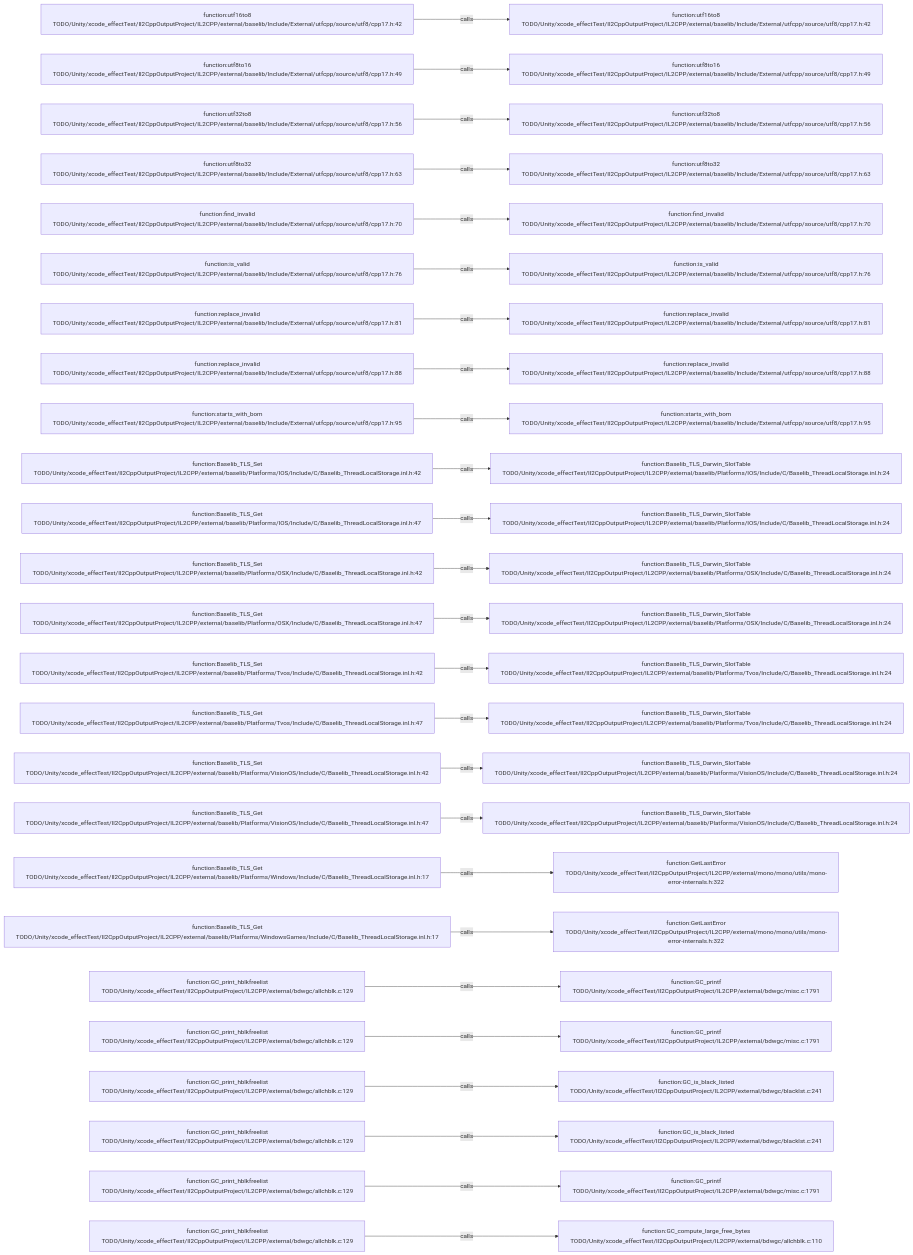
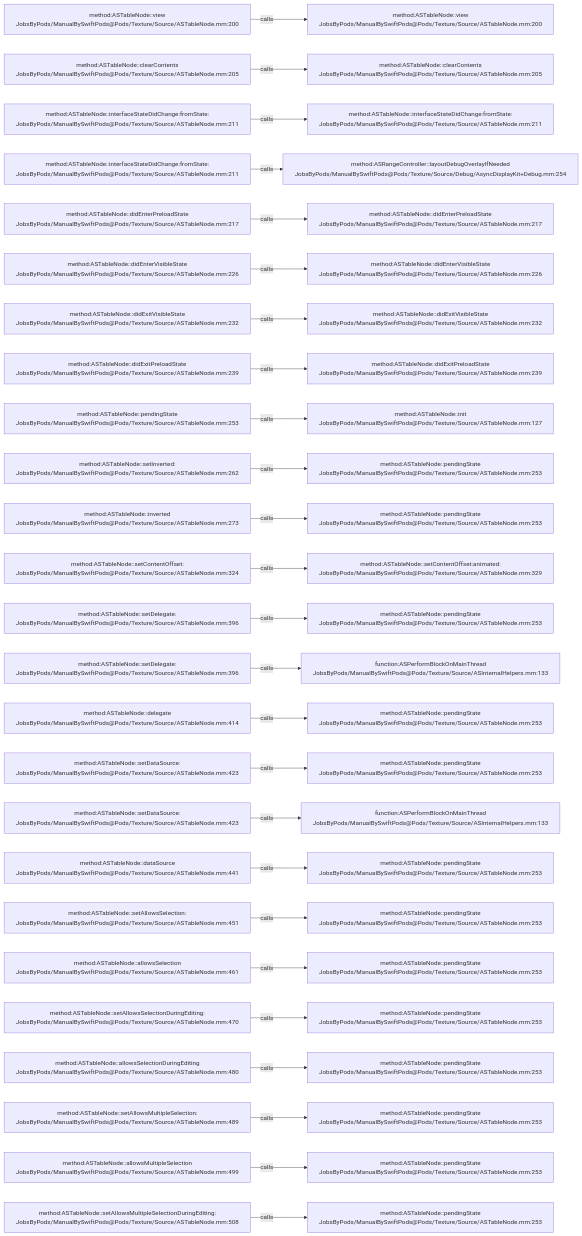
Before and after one commit to JobsKits/JobsSwiftBaseConfigDemo: the diagram in .codegraph/codegraph.md/graphs/calls-074.md, drawn with Mermaid. The commit also changed 2959 other files, not shown here.

````diff
--- a/.codegraph/codegraph.md/graphs/calls-074.md
+++ b/.codegraph/codegraph.md/graphs/calls-074.md
@@ -13,78 +13,78 @@
 ```mermaid
 flowchart LR
-  S1["function:utf16to8<br/>TODO/Unity/xcode_effectTest/Il2CppOutputProject/IL2CPP/external/baselib/Include/External/utfcpp/source/utf8/cpp17.h:42"]
-  T1["function:utf16to8<br/>TODO/Unity/xcode_effectTest/Il2CppOutputProject/IL2CPP/external/baselib/Include/External/utfcpp/source/utf8/cpp17.h:42"]
+  S1["method:ASTableNode::view<br/>JobsByPods/ManualBySwiftPods@Pods/Texture/Source/ASTableNode.mm:200"]
+  T1["method:ASTableNode::view<br/>JobsByPods/ManualBySwiftPods@Pods/Texture/Source/ASTableNode.mm:200"]
   S1 -->|calls| T1
-  S2["function:utf8to16<br/>TODO/Unity/xcode_effectTest/Il2CppOutputProject/IL2CPP/external/baselib/Include/External/utfcpp/source/utf8/cpp17.h:49"]
-  T2["function:utf8to16<br/>TODO/Unity/xcode_effectTest/Il2CppOutputProject/IL2CPP/external/baselib/Include/External/utfcpp/source/utf8/cpp17.h:49"]
+  S2["method:ASTableNode::clearContents<br/>JobsByPods/ManualBySwiftPods@Pods/Texture/Source/ASTableNode.mm:205"]
+  T2["method:ASTableNode::clearContents<br/>JobsByPods/ManualBySwiftPods@Pods/Texture/Source/ASTableNode.mm:205"]
   S2 -->|calls| T2
-  S3["function:utf32to8<br/>TODO/Unity/xcode_effectTest/Il2CppOutputProject/IL2CPP/external/baselib/Include/External/utfcpp/source/utf8/cpp17.h:56"]
-  T3["function:utf32to8<br/>TODO/Unity/xcode_effectTest/Il2CppOutputProject/IL2CPP/external/baselib/Include/External/utfcpp/source/utf8/cpp17.h:56"]
+  S3["method:ASTableNode::interfaceStateDidChange:fromState:<br/>JobsByPods/ManualBySwiftPods@Pods/Texture/Source/ASTableNode.mm:211"]
+  T3["method:ASTableNode::interfaceStateDidChange:fromState:<br/>JobsByPods/ManualBySwiftPods@Pods/Texture/Source/ASTableNode.mm:211"]
   S3 -->|calls| T3
-  S4["function:utf8to32<br/>TODO/Unity/xcode_effectTest/Il2CppOutputProject/IL2CPP/external/baselib/Include/External/utfcpp/source/utf8/cpp17.h:63"]
-  T4["function:utf8to32<br/>TODO/Unity/xcode_effectTest/Il2CppOutputProject/IL2CPP/external/baselib/Include/External/utfcpp/source/utf8/cpp17.h:63"]
+  S4["method:ASTableNode::interfaceStateDidChange:fromState:<br/>JobsByPods/ManualBySwiftPods@Pods/Texture/Source/ASTableNode.mm:211"]
+  T4["method:ASRangeController::layoutDebugOverlayIfNeeded<br/>JobsByPods/ManualBySwiftPods@Pods/Texture/Source/Debug/AsyncDisplayKit+Debug.mm:254"]
   S4 -->|calls| T4
-  S5["function:find_invalid<br/>TODO/Unity/xcode_effectTest/Il2CppOutputProject/IL2CPP/external/baselib/Include/External/utfcpp/source/utf8/cpp17.h:70"]
-  T5["function:find_invalid<br/>TODO/Unity/xcode_effectTest/Il2CppOutputProject/IL2CPP/external/baselib/Include/External/utfcpp/source/utf8/cpp17.h:70"]
+  S5["method:ASTableNode::didEnterPreloadState<br/>JobsByPods/ManualBySwiftPods@Pods/Texture/Source/ASTableNode.mm:217"]
+  T5["method:ASTableNode::didEnterPreloadState<br/>JobsByPods/ManualBySwiftPods@Pods/Texture/Source/ASTableNode.mm:217"]
   S5 -->|calls| T5
-  S6["function:is_valid<br/>TODO/Unity/xcode_effectTest/Il2CppOutputProject/IL2CPP/external/baselib/Include/External/utfcpp/source/utf8/cpp17.h:76"]
-  T6["function:is_valid<br/>TODO/Unity/xcode_effectTest/Il2CppOutputProject/IL2CPP/external/baselib/Include/External/utfcpp/source/utf8/cpp17.h:76"]
+  S6["method:ASTableNode::didEnterVisibleState<br/>JobsByPods/ManualBySwiftPods@Pods/Texture/Source/ASTableNode.mm:226"]
+  T6["method:ASTableNode::didEnterVisibleState<br/>JobsByPods/ManualBySwiftPods@Pods/Texture/Source/ASTableNode.mm:226"]
   S6 -->|calls| T6
-  S7["function:replace_invalid<br/>TODO/Unity/xcode_effectTest/Il2CppOutputProject/IL2CPP/external/baselib/Include/External/utfcpp/source/utf8/cpp17.h:81"]
-  T7["function:replace_invalid<br/>TODO/Unity/xcode_effectTest/Il2CppOutputProject/IL2CPP/external/baselib/Include/External/utfcpp/source/utf8/cpp17.h:81"]
+  S7["method:ASTableNode::didExitVisibleState<br/>JobsByPods/ManualBySwiftPods@Pods/Texture/Source/ASTableNode.mm:232"]
+  T7["method:ASTableNode::didExitVisibleState<br/>JobsByPods/ManualBySwiftPods@Pods/Texture/Source/ASTableNode.mm:232"]
   S7 -->|calls| T7
-  S8["function:replace_invalid<br/>TODO/Unity/xcode_effectTest/Il2CppOutputProject/IL2CPP/external/baselib/Include/External/utfcpp/source/utf8/cpp17.h:88"]
-  T8["function:replace_invalid<br/>TODO/Unity/xcode_effectTest/Il2CppOutputProject/IL2CPP/external/baselib/Include/External/utfcpp/source/utf8/cpp17.h:88"]
+  S8["method:ASTableNode::didExitPreloadState<br/>JobsByPods/ManualBySwiftPods@Pods/Texture/Source/ASTableNode.mm:239"]
+  T8["method:ASTableNode::didExitPreloadState<br/>JobsByPods/ManualBySwiftPods@Pods/Texture/Source/ASTableNode.mm:239"]
   S8 -->|calls| T8
-  S9["function:starts_with_bom<br/>TODO/Unity/xcode_effectTest/Il2CppOutputProject/IL2CPP/external/baselib/Include/External/utfcpp/source/utf8/cpp17.h:95"]
-  T9["function:starts_with_bom<br/>TODO/Unity/xcode_effectTest/Il2CppOutputProject/IL2CPP/external/baselib/Include/External/utfcpp/source/utf8/cpp17.h:95"]
+  S9["method:ASTableNode::pendingState<br/>JobsByPods/ManualBySwiftPods@Pods/Texture/Source/ASTableNode.mm:253"]
+  T9["method:ASTableNode::init<br/>JobsByPods/ManualBySwiftPods@Pods/Texture/Source/ASTableNode.mm:127"]
   S9 -->|calls| T9
-  S10["function:Baselib_TLS_Set<br/>TODO/Unity/xcode_effectTest/Il2CppOutputProject/IL2CPP/external/baselib/Platforms/IOS/Include/C/Baselib_ThreadLocalStorage.inl.h:42"]
-  T10["function:Baselib_TLS_Darwin_SlotTable<br/>TODO/Unity/xcode_effectTest/Il2CppOutputProject/IL2CPP/external/baselib/Platforms/IOS/Include/C/Baselib_ThreadLocalStorage.inl.h:24"]
+  S10["method:ASTableNode::setInverted:<br/>JobsByPods/ManualBySwiftPods@Pods/Texture/Source/ASTableNode.mm:262"]
+  T10["method:ASTableNode::pendingState<br/>JobsByPods/ManualBySwiftPods@Pods/Texture/Source/ASTableNode.mm:253"]
   S10 -->|calls| T10
-  S11["function:Baselib_TLS_Get<br/>TODO/Unity/xcode_effectTest/Il2CppOutputProject/IL2CPP/external/baselib/Platforms/IOS/Include/C/Baselib_ThreadLocalStorage.inl.h:47"]
-  T11["function:Baselib_TLS_Darwin_SlotTable<br/>TODO/Unity/xcode_effectTest/Il2CppOutputProject/IL2CPP/external/baselib/Platforms/IOS/Include/C/Baselib_ThreadLocalStorage.inl.h:24"]
+  S11["method:ASTableNode::inverted<br/>JobsByPods/ManualBySwiftPods@Pods/Texture/Source/ASTableNode.mm:273"]
+  T11["method:ASTableNode::pendingState<br/>JobsByPods/ManualBySwiftPods@Pods/Texture/Source/ASTableNode.mm:253"]
   S11 -->|calls| T11
-  S12["function:Baselib_TLS_Set<br/>TODO/Unity/xcode_effectTest/Il2CppOutputProject/IL2CPP/external/baselib/Platforms/OSX/Include/C/Baselib_ThreadLocalStorage.inl.h:42"]
-  T12["function:Baselib_TLS_Darwin_SlotTable<br/>TODO/Unity/xcode_effectTest/Il2CppOutputProject/IL2CPP/external/baselib/Platforms/OSX/Include/C/Baselib_ThreadLocalStorage.inl.h:24"]
+  S12["method:ASTableNode::setContentOffset:<br/>JobsByPods/ManualBySwiftPods@Pods/Texture/Source/ASTableNode.mm:324"]
+  T12["method:ASTableNode::setContentOffset:animated:<br/>JobsByPods/ManualBySwiftPods@Pods/Texture/Source/ASTableNode.mm:329"]
   S12 -->|calls| T12
-  S13["function:Baselib_TLS_Get<br/>TODO/Unity/xcode_effectTest/Il2CppOutputProject/IL2CPP/external/baselib/Platforms/OSX/Include/C/Baselib_ThreadLocalStorage.inl.h:47"]
-  T13["function:Baselib_TLS_Darwin_SlotTable<br/>TODO/Unity/xcode_effectTest/Il2CppOutputProject/IL2CPP/external/baselib/Platforms/OSX/Include/C/Baselib_ThreadLocalStorage.inl.h:24"]
+  S13["method:ASTableNode::setDelegate:<br/>JobsByPods/ManualBySwiftPods@Pods/Texture/Source/ASTableNode.mm:396"]
+  T13["method:ASTableNode::pendingState<br/>JobsByPods/ManualBySwiftPods@Pods/Texture/Source/ASTableNode.mm:253"]
   S13 -->|calls| T13
-  S14["function:Baselib_TLS_Set<br/>TODO/Unity/xcode_effectTest/Il2CppOutputProject/IL2CPP/external/baselib/Platforms/Tvos/Include/C/Baselib_ThreadLocalStorage.inl.h:42"]
-  T14["function:Baselib_TLS_Darwin_SlotTable<br/>TODO/Unity/xcode_effectTest/Il2CppOutputProject/IL2CPP/external/baselib/Platforms/Tvos/Include/C/Baselib_ThreadLocalStorage.inl.h:24"]
+  S14["method:ASTableNode::setDelegate:<br/>JobsByPods/ManualBySwiftPods@Pods/Texture/Source/ASTableNode.mm:396"]
+  T14["function:ASPerformBlockOnMainThread<br/>JobsByPods/ManualBySwiftPods@Pods/Texture/Source/ASInternalHelpers.mm:133"]
   S14 -->|calls| T14
-  S15["function:Baselib_TLS_Get<br/>TODO/Unity/xcode_effectTest/Il2CppOutputProject/IL2CPP/external/baselib/Platforms/Tvos/Include/C/Baselib_ThreadLocalStorage.inl.h:47"]
-  T15["function:Baselib_TLS_Darwin_SlotTable<br/>TODO/Unity/xcode_effectTest/Il2CppOutputProject/IL2CPP/external/baselib/Platforms/Tvos/Include/C/Baselib_ThreadLocalStorage.inl.h:24"]
+  S15["method:ASTableNode::delegate<br/>JobsByPods/ManualBySwiftPods@Pods/Texture/Source/ASTableNode.mm:414"]
+  T15["method:ASTableNode::pendingState<br/>JobsByPods/ManualBySwiftPods@Pods/Texture/Source/ASTableNode.mm:253"]
   S15 -->|calls| T15
-  S16["function:Baselib_TLS_Set<br/>TODO/Unity/xcode_effectTest/Il2CppOutputProject/IL2CPP/external/baselib/Platforms/VisionOS/Include/C/Baselib_ThreadLocalStorage.inl.h:42"]
-  T16["function:Baselib_TLS_Darwin_SlotTable<br/>TODO/Unity/xcode_effectTest/Il2CppOutputProject/IL2CPP/external/baselib/Platforms/VisionOS/Include/C/Baselib_ThreadLocalStorage.inl.h:24"]
+  S16["method:ASTableNode::setDataSource:<br/>JobsByPods/ManualBySwiftPods@Pods/Texture/Source/ASTableNode.mm:423"]
+  T16["method:ASTableNode::pendingState<br/>JobsByPods/ManualBySwiftPods@Pods/Texture/Source/ASTableNode.mm:253"]
   S16 -->|calls| T16
-  S17["function:Baselib_TLS_Get<br/>TODO/Unity/xcode_effectTest/Il2CppOutputProject/IL2CPP/external/baselib/Platforms/VisionOS/Include/C/Baselib_ThreadLocalStorage.inl.h:47"]
-  T17["function:Baselib_TLS_Darwin_SlotTable<br/>TODO/Unity/xcode_effectTest/Il2CppOutputProject/IL2CPP/external/baselib/Platforms/VisionOS/Include/C/Baselib_ThreadLocalStorage.inl.h:24"]
+  S17["method:ASTableNode::setDataSource:<br/>JobsByPods/ManualBySwiftPods@Pods/Texture/Source/ASTableNode.mm:423"]
+  T17["function:ASPerformBlockOnMainThread<br/>JobsByPods/ManualBySwiftPods@Pods/Texture/Source/ASInternalHelpers.mm:133"]
   S17 -->|calls| T17
-  S18["function:Baselib_TLS_Get<br/>TODO/Unity/xcode_effectTest/Il2CppOutputProject/IL2CPP/external/baselib/Platforms/Windows/Include/C/Baselib_ThreadLocalStorage.inl.h:17"]
-  T18["function:GetLastError<br/>TODO/Unity/xcode_effectTest/Il2CppOutputProject/IL2CPP/external/mono/mono/utils/mono-error-internals.h:322"]
+  S18["method:ASTableNode::dataSource<br/>JobsByPods/ManualBySwiftPods@Pods/Texture/Source/ASTableNode.mm:441"]
+  T18["method:ASTableNode::pendingState<br/>JobsByPods/ManualBySwiftPods@Pods/Texture/Source/ASTableNode.mm:253"]
   S18 -->|calls| T18
-  S19["function:Baselib_TLS_Get<br/>TODO/Unity/xcode_effectTest/Il2CppOutputProject/IL2CPP/external/baselib/Platforms/WindowsGames/Include/C/Baselib_ThreadLocalStorage.inl.h:17"]
-  T19["function:GetLastError<br/>TODO/Unity/xcode_effectTest/Il2CppOutputProject/IL2CPP/external/mono/mono/utils/mono-error-internals.h:322"]
+  S19["method:ASTableNode::setAllowsSelection:<br/>JobsByPods/ManualBySwiftPods@Pods/Texture/Source/ASTableNode.mm:451"]
+  T19["method:ASTableNode::pendingState<br/>JobsByPods/ManualBySwiftPods@Pods/Texture/Source/ASTableNode.mm:253"]
   S19 -->|calls| T19
-  S20["function:GC_print_hblkfreelist<br/>TODO/Unity/xcode_effectTest/Il2CppOutputProject/IL2CPP/external/bdwgc/allchblk.c:129"]
-  T20["function:GC_printf<br/>TODO/Unity/xcode_effectTest/Il2CppOutputProject/IL2CPP/external/bdwgc/misc.c:1791"]
+  S20["method:ASTableNode::allowsSelection<br/>JobsByPods/ManualBySwiftPods@Pods/Texture/Source/ASTableNode.mm:461"]
+  T20["method:ASTableNode::pendingState<br/>JobsByPods/ManualBySwiftPods@Pods/Texture/Source/ASTableNode.mm:253"]
   S20 -->|calls| T20
-  S21["function:GC_print_hblkfreelist<br/>TODO/Unity/xcode_effectTest/Il2CppOutputProject/IL2CPP/external/bdwgc/allchblk.c:129"]
-  T21["function:GC_printf<br/>TODO/Unity/xcode_effectTest/Il2CppOutputProject/IL2CPP/external/bdwgc/misc.c:1791"]
+  S21["method:ASTableNode::setAllowsSelectionDuringEditing:<br/>JobsByPods/ManualBySwiftPods@Pods/Texture/Source/ASTableNode.mm:470"]
+  T21["method:ASTableNode::pendingState<br/>JobsByPods/ManualBySwiftPods@Pods/Texture/Source/ASTableNode.mm:253"]
   S21 -->|calls| T21
-  S22["function:GC_print_hblkfreelist<br/>TODO/Unity/xcode_effectTest/Il2CppOutputProject/IL2CPP/external/bdwgc/allchblk.c:129"]
-  T22["function:GC_is_black_listed<br/>TODO/Unity/xcode_effectTest/Il2CppOutputProject/IL2CPP/external/bdwgc/blacklst.c:241"]
+  S22["method:ASTableNode::allowsSelectionDuringEditing<br/>JobsByPods/ManualBySwiftPods@Pods/Texture/Source/ASTableNode.mm:480"]
+  T22["method:ASTableNode::pendingState<br/>JobsByPods/ManualBySwiftPods@Pods/Texture/Source/ASTableNode.mm:253"]
   S22 -->|calls| T22
-  S23["function:GC_print_hblkfreelist<br/>TODO/Unity/xcode_effectTest/Il2CppOutputProject/IL2CPP/external/bdwgc/allchblk.c:129"]
-  T23["function:GC_is_black_listed<br/>TODO/Unity/xcode_effectTest/Il2CppOutputProject/IL2CPP/external/bdwgc/blacklst.c:241"]
+  S23["method:ASTableNode::setAllowsMultipleSelection:<br/>JobsByPods/ManualBySwiftPods@Pods/Texture/Source/ASTableNode.mm:489"]
+  T23["method:ASTableNode::pendingState<br/>JobsByPods/ManualBySwiftPods@Pods/Texture/Source/ASTableNode.mm:253"]
   S23 -->|calls| T23
-  S24["function:GC_print_hblkfreelist<br/>TODO/Unity/xcode_effectTest/Il2CppOutputProject/IL2CPP/external/bdwgc/allchblk.c:129"]
-  T24["function:GC_printf<br/>TODO/Unity/xcode_effectTest/Il2CppOutputProject/IL2CPP/external/bdwgc/misc.c:1791"]
+  S24["method:ASTableNode::allowsMultipleSelection<br/>JobsByPods/ManualBySwiftPods@Pods/Texture/Source/ASTableNode.mm:499"]
+  T24["method:ASTableNode::pendingState<br/>JobsByPods/ManualBySwiftPods@Pods/Texture/Source/ASTableNode.mm:253"]
   S24 -->|calls| T24
-  S25["function:GC_print_hblkfreelist<br/>TODO/Unity/xcode_effectTest/Il2CppOutputProject/IL2CPP/external/bdwgc/allchblk.c:129"]
-  T25["function:GC_compute_large_free_bytes<br/>TODO/Unity/xcode_effectTest/Il2CppOutputProject/IL2CPP/external/bdwgc/allchblk.c:110"]
+  S25["method:ASTableNode::setAllowsMultipleSelectionDuringEditing:<br/>JobsByPods/ManualBySwiftPods@Pods/Texture/Source/ASTableNode.mm:508"]
+  T25["method:ASTableNode::pendingState<br/>JobsByPods/ManualBySwiftPods@Pods/Texture/Source/ASTableNode.mm:253"]
   S25 -->|calls| T25
 ```
````
